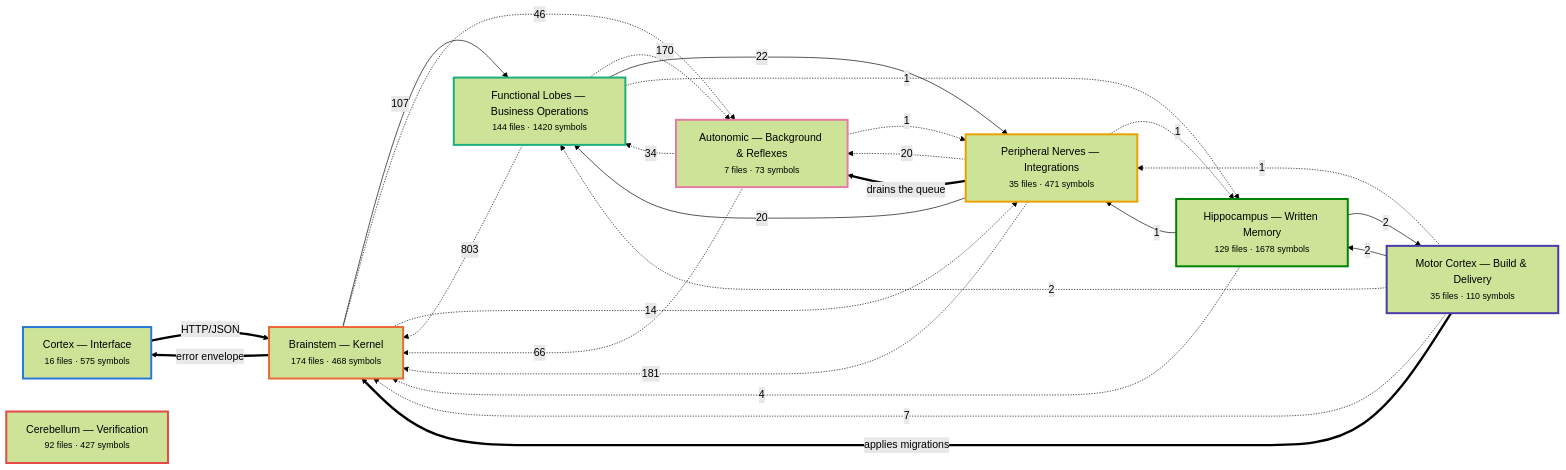
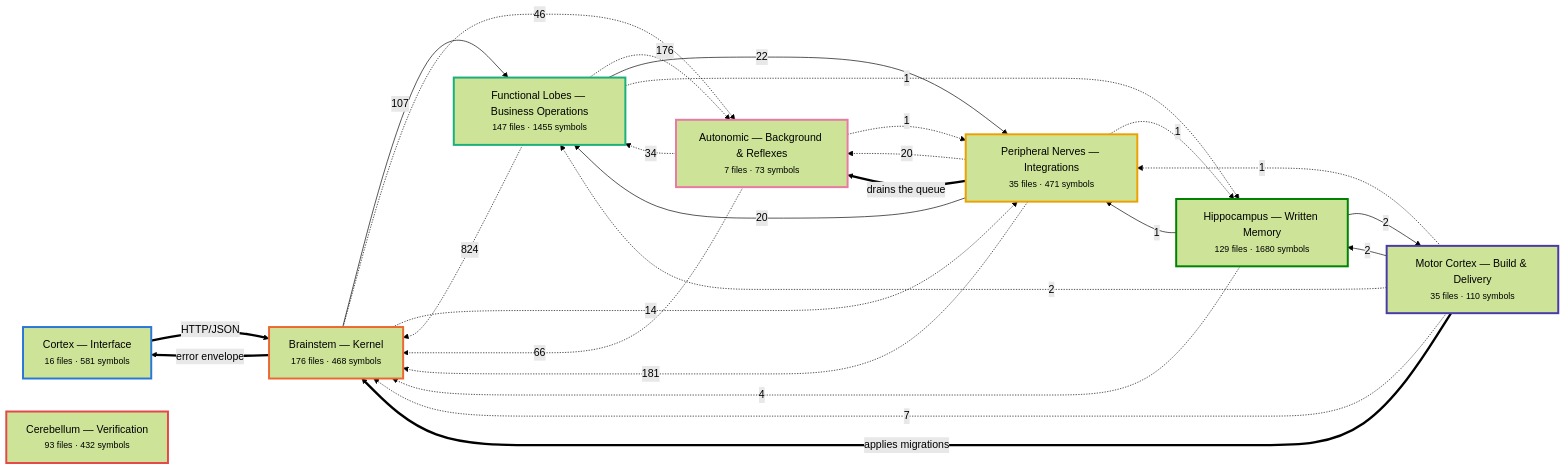
The first of 7 diagrams in docs/brain/BRAIN.md (Vishalnayak226/custom_erp), drawn with Mermaid (forest theme) before and after one commit. The commit also changed other lines of this file and 25 other files, not shown here.

````diff
--- a/docs/brain/BRAIN.md
+++ b/docs/brain/BRAIN.md
@@ -35,52 +35,52 @@
 ```mermaid
 flowchart LR
-  n_cortex["Cortex — Interface<br/><small>16 files · 575 symbols</small>"]
-  n_brainstem["Brainstem — Kernel<br/><small>174 files · 468 symbols</small>"]
-  n_business["Functional Lobes — Business Operations<br/><small>144 files · 1420 symbols</small>"]
+  n_cortex["Cortex — Interface<br/><small>16 files · 581 symbols</small>"]
+  n_brainstem["Brainstem — Kernel<br/><small>176 files · 468 symbols</small>"]
+  n_business["Functional Lobes — Business Operations<br/><small>147 files · 1455 symbols</small>"]
   n_peripheral["Peripheral Nerves — Integrations<br/><small>35 files · 471 symbols</small>"]
   n_autonomic["Autonomic — Background & Reflexes<br/><small>7 files · 73 symbols</small>"]
-  n_memory["Hippocampus — Written Memory<br/><small>129 files · 1678 symbols</small>"]
+  n_memory["Hippocampus — Written Memory<br/><small>129 files · 1680 symbols</small>"]
   n_motor["Motor Cortex — Build & Delivery<br/><small>35 files · 110 symbols</small>"]
-  n_verification["Cerebellum — Verification<br/><small>92 files · 427 symbols</small>"]
-  n_business -.->|803| n_brainstem
+  n_verification["Cerebellum — Verification<br/><small>93 files · 432 symbols</small>"]
+  n_business -.->|824| n_brainstem
   n_peripheral -.->|181| n_brainstem
-  n_business -.->|170| n_autonomic
+  n_business -.->|176| n_autonomic
   n_brainstem -->|107| n_business
   n_autonomic -.->|66| n_brainstem
   n_brainstem -.->|46| n_autonomic
   n_autonomic -.->|34| n_business
   n_business -->|22| n_peripheral
   n_peripheral -.->|20| n_autonomic
   n_peripheral -->|20| n_business
   n_brainstem -.->|14| n_peripheral
   n_motor -.->|7| n_brainstem
   n_memory -.->|4| n_brainstem
+  n_motor -->|2| n_memory
   n_memory -->|2| n_motor
   n_motor -.->|2| n_business
-  n_motor -->|2| n_memory
-  n_business -.->|1| n_memory
+  n_motor -.->|1| n_peripheral
   n_memory -->|1| n_peripheral
   n_autonomic -.->|1| n_peripheral
+  n_business -.->|1| n_memory
   n_peripheral -.->|1| n_memory
-  n_motor -.->|1| n_peripheral
   n_brainstem ==>|error envelope| n_cortex
   n_cortex ==>|HTTP/JSON| n_brainstem
   n_motor ==>|applies migrations| n_brainstem
   n_peripheral ==>|drains the queue| n_autonomic
   classDef n_cortex stroke:#2a78d6,stroke-width:3px;
   class n_cortex n_cortex;
   classDef n_brainstem stroke:#eb6834,stroke-width:3px;
   class n_brainstem n_brainstem;
   classDef n_business stroke:#1baf7a,stroke-width:3px;
   class n_business n_business;
   classDef n_peripheral stroke:#eda100,stroke-width:3px;
   class n_peripheral n_peripheral;
   classDef n_autonomic stroke:#e87ba4,stroke-width:3px;
   class n_autonomic n_autonomic;
   classDef n_memory stroke:#008300,stroke-width:3px;
   class n_memory n_memory;
   classDef n_motor stroke:#4a3aa7,stroke-width:3px;
   class n_motor n_motor;
   classDef n_verification stroke:#e34948,stroke-width:3px;
   class n_verification n_verification;
 ```
````
